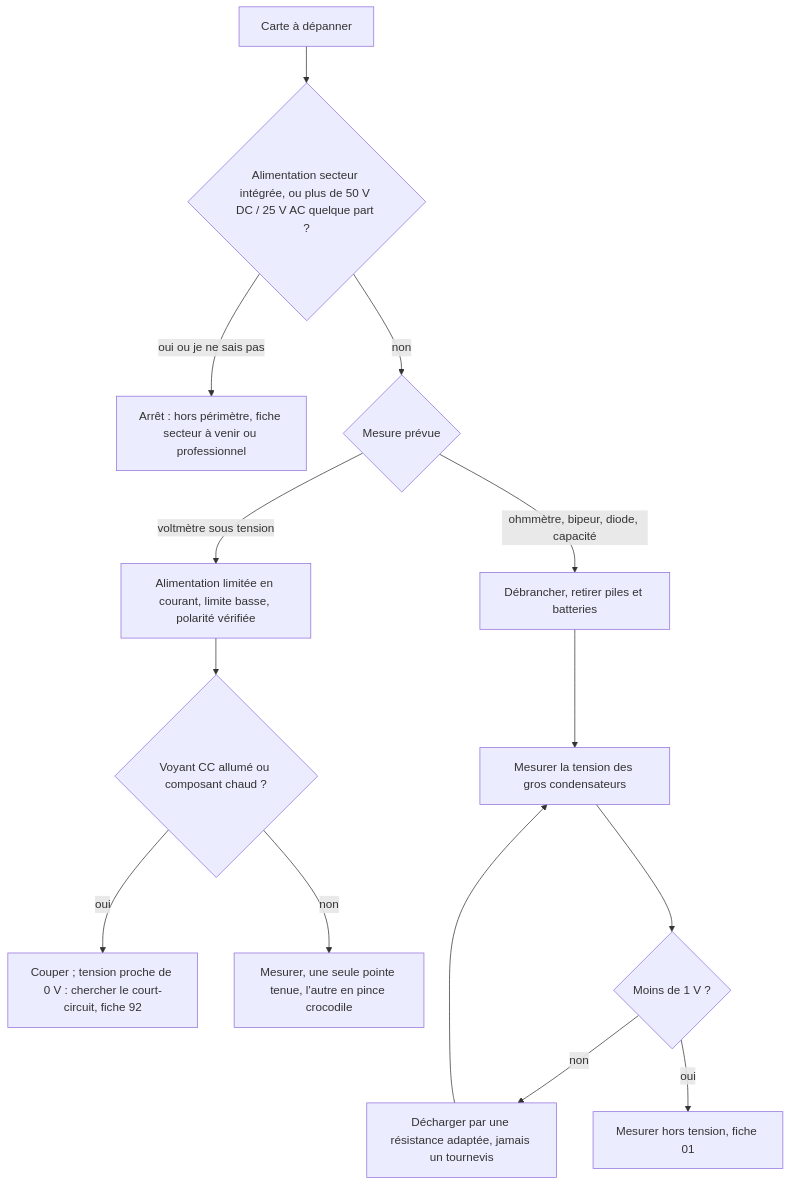
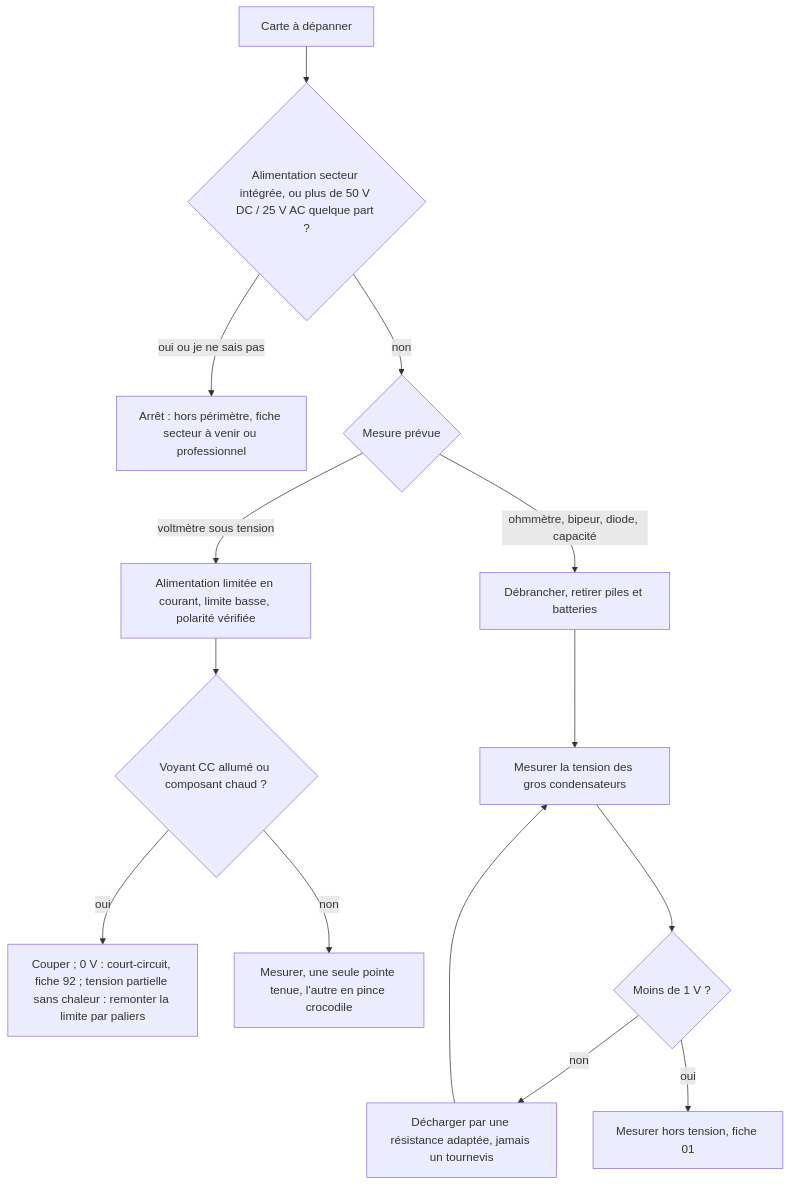
One commit to benoit-bremaud/ohm-sweet-ohm changed the diagram in troubleshooting/00_securite/README.md. Above: the diagram before and after it, drawn with Mermaid. The commit also changed other lines of this file, not shown here.

````diff
--- a/troubleshooting/00_securite/README.md
+++ b/troubleshooting/00_securite/README.md
@@ -105,16 +105,16 @@
 ```mermaid
 flowchart TD
   A[Carte à dépanner] --> B{Alimentation secteur intégrée, ou plus de 50 V DC / 25 V AC quelque part ?}
   B -- oui ou je ne sais pas --> X[Arrêt : hors périmètre, fiche secteur à venir ou professionnel]
   B -- non --> C{Mesure prévue}
   C -- voltmètre sous tension --> D[Alimentation limitée en courant, limite basse, polarité vérifiée]
   D --> E{Voyant CC allumé ou composant chaud ?}
-  E -- oui --> F[Couper ; tension proche de 0 V : chercher le court-circuit, fiche 92]
+  E -- oui --> F[Couper ; 0 V : court-circuit, fiche 92 ; tension partielle sans chaleur : remonter la limite par paliers]
   E -- non --> G[Mesurer, une seule pointe tenue, l'autre en pince crocodile]
   C -- ohmmètre, bipeur, diode, capacité --> H[Débrancher, retirer piles et batteries]
   H --> I[Mesurer la tension des gros condensateurs]
   I --> J{Moins de 1 V ?}
   J -- non --> K[Décharger par une résistance adaptée, jamais un tournevis]
   K --> I
   J -- oui --> L[Mesurer hors tension, fiche 01]
 ```
````
